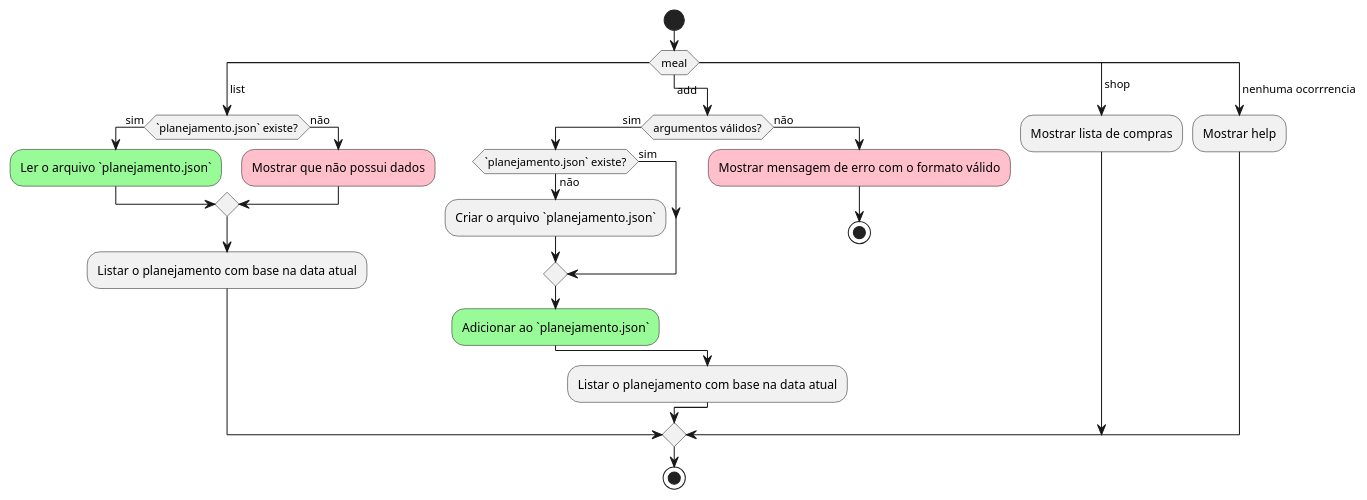
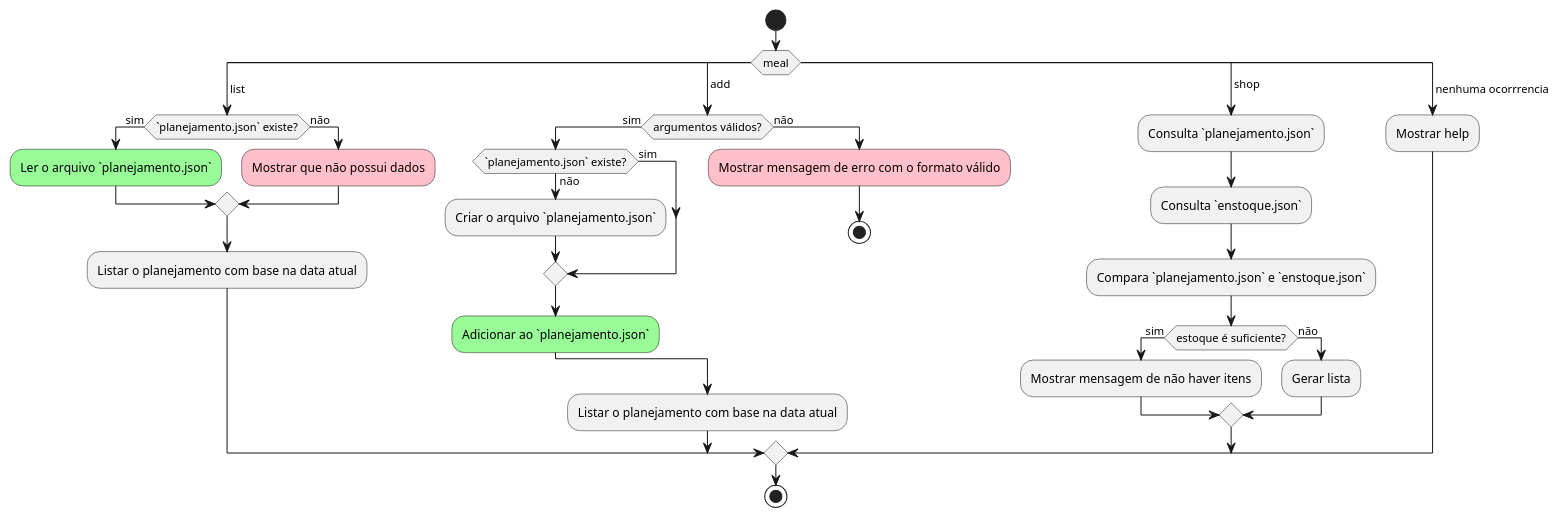
Before and after one commit to renatonunes74/meal: the diagram in diagrama_atividade.pu, drawn with PlantUML.

Commit message:
docs: change in planning

```diff
--- a/diagrama_atividade.pu
+++ b/diagrama_atividade.pu
@@ -1,29 +1,36 @@
 @startuml
-start
-switch (meal)
-case ( list )
-	if (`planejamento.json` existe?) then (sim)
-	#palegreen:Ler o arquivo `planejamento.json`;
-	else (não)
-	#pink:Mostrar que não possui dados;
+	start
+	switch (meal)
+	case ( list )
+if (`planejamento.json` existe?) then (sim)
+#palegreen:Ler o arquivo `planejamento.json`;
+else (não)
+#pink:Mostrar que não possui dados;
 	endif
 	:Listar o planejamento com base na data atual;
-case ( add ) 
-		if (argumentos válidos?) then (sim)
+	case ( add ) 
+	if (argumentos válidos?) then (sim)
 	if (`planejamento.json` existe?) then (sim)
-	else (não)
-		:Criar o arquivo `planejamento.json`;
+else (não)
+	:Criar o arquivo `planejamento.json`;
 	endif
-			#palegreen:Adicionar ao `planejamento.json`;
-		else (não)
-			#pink:Mostrar mensagem de erro com o formato válido;
-			stop
-		endif
+#palegreen:Adicionar ao `planejamento.json`;
+else (não)
+#pink:Mostrar mensagem de erro com o formato válido;
+	stop
+	endif
 	:Listar o planejamento com base na data atual;
 case ( shop )
-  :Mostrar lista de compras;
-  case ( nenhuma ocorrrencia )
-  :Mostrar help;
-endswitch
-stop
-@enduml
+	:Consulta `planejamento.json`;
+	:Consulta `enstoque.json`;
+	:Compara `planejamento.json` e `enstoque.json`;
+if (estoque é suficiente?) then (sim)
+	:Mostrar mensagem de não haver itens;
+else (não)
+	:Gerar lista;
+	endif
+case ( nenhuma ocorrrencia )
+	:Mostrar help;
+	endswitch
+	stop
+	@enduml
```
